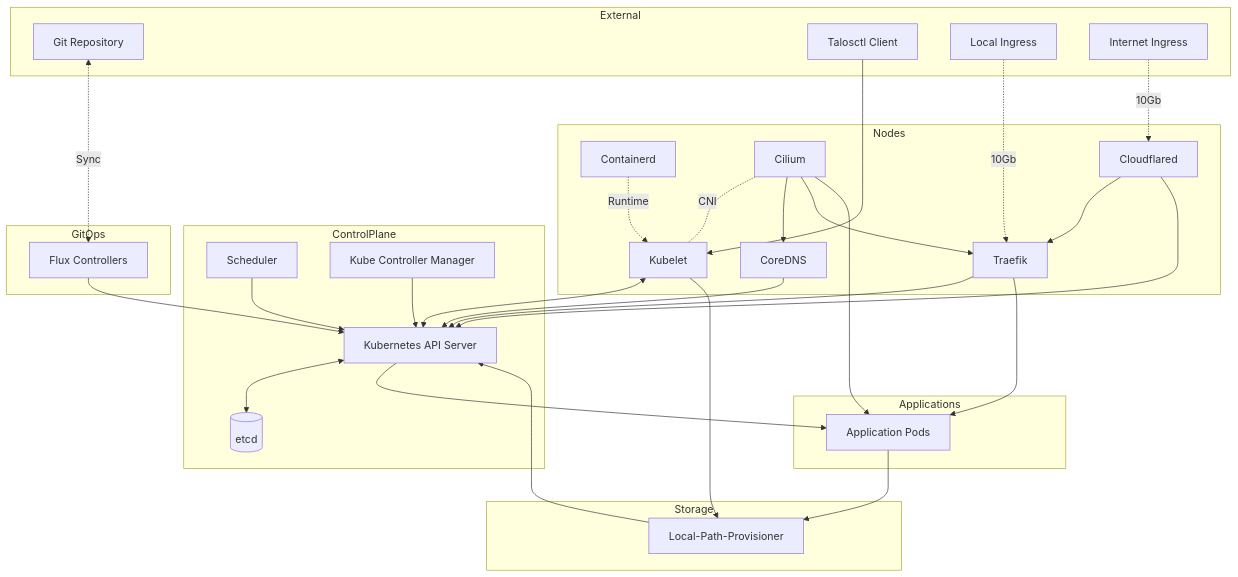
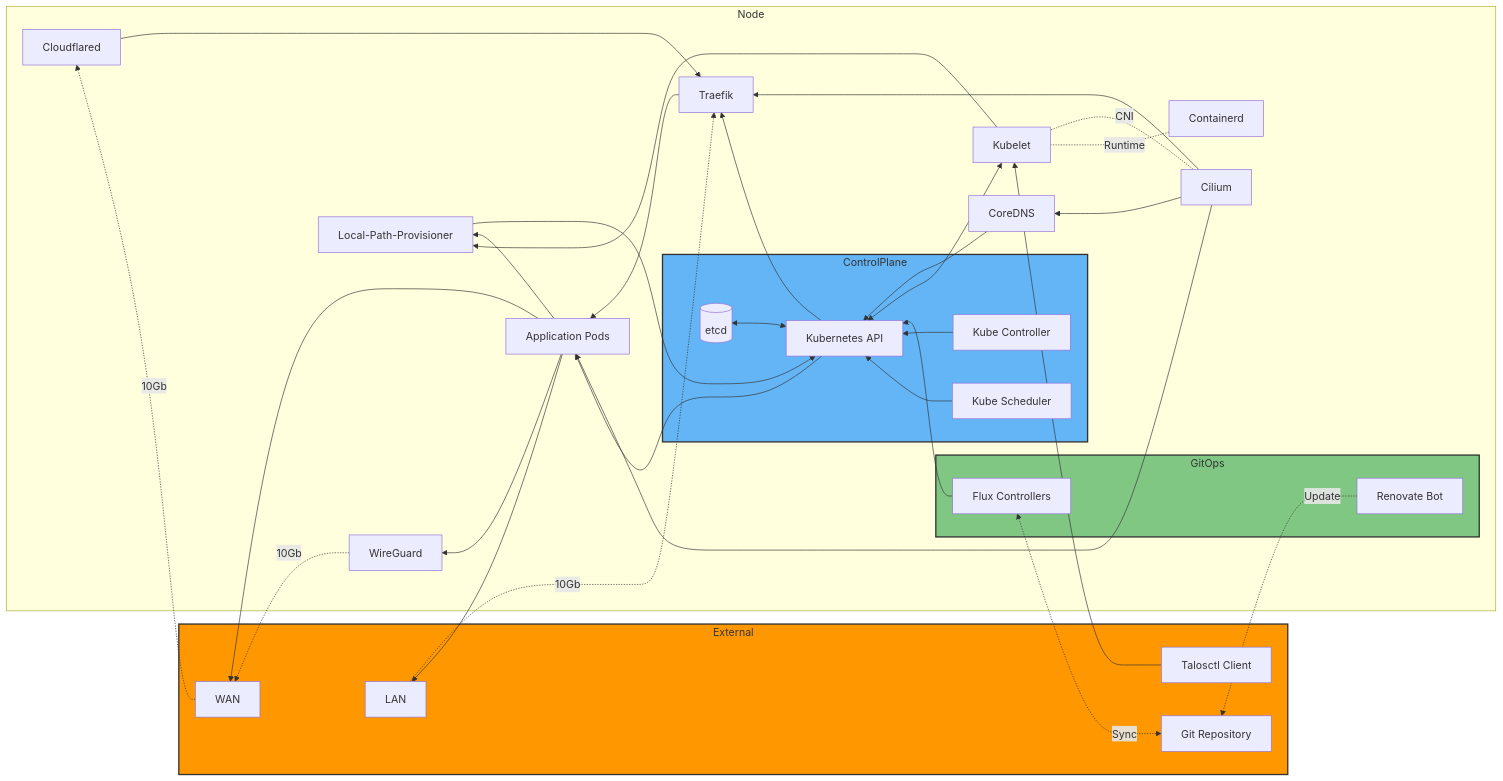
One commit to 0x4272616E646F6E/homelab changed the diagram in README.md. Above: the diagram before and after it, drawn with Mermaid. The commit also changed other lines of this file, not shown here.

````diff
--- a/README.md
+++ b/README.md
@@ -40,74 +45,72 @@
 ```mermaid
-flowchart TD
+flowchart RL
   %% External
   subgraph External
     GIT[Git Repository]
     USER[Talosctl Client]
-    LOCALNET[Local Ingress]
-    NET[Internet Ingress]
+    LOCALNET[LAN]
+    NET[WAN]
   end
 
-  %% Control Plane
-  subgraph ControlPlane
-    APIS[Kubernetes API Server]
-    ETCD[(etcd)]
-    SCHED[Scheduler]
-    KCM[Kube Controller Manager]
+  %% Node
+  subgraph Node
+    subgraph ControlPlane
+      APIS[Kubernetes API]
+      ETCD[(etcd)]
+      SCHED[Kube Scheduler]
+      KCM[Kube Controller]
+    end
+    
+    KUBE[Kubelet]
+    CRI[Containerd]
+    CIL[Cilium]
+    DNS[CoreDNS]
+    TRF[Traefik]
+    CFD[Cloudflared]
+    WRG[WireGuard]
+    LPP[Local-Path-Provisioner]
+    APP[Application Pods]
+    
+    subgraph GitOps
+      FLUX[Flux Controllers]
+      REN[Renovate Bot]
+    end
   end
 
   APIS <--> ETCD
   SCHED --> APIS
   KCM --> APIS
 
-  %% GitOps (runs in cluster)
-  subgraph GitOps
-    FLUX[Flux Controllers]
-  end
-
   GIT <-. Sync .-> FLUX
+  REN -. Update .-> GIT
   FLUX --> APIS
 
-  %% Nodes / Data Plane
-  subgraph Nodes
-    KUBE[Kubelet]
-    CRI[Containerd]
-    CIL[Cilium]
-    DNS[CoreDNS]
-    TRF[Traefik]
-    CFD[Cloudflared]
-  end
-
   KUBE <--> APIS
-  CRI -. Runtime .-> KUBE
+  CRI -. Runtime .- KUBE
   CIL -. CNI .- KUBE
   DNS --> APIS
-  TRF --> APIS
+  APIS --> TRF
   CFD --> TRF
   NET -. 10Gb .-> CFD
   LOCALNET -. 10Gb .-> TRF
-  CFD --> APIS
   CIL --> DNS
   CIL --> TRF
-
-
-  %% Storage
-  subgraph Storage
-    LPP[Local-Path-Provisioner]
-  end
-
+  WRG -. 10Gb .-> NET
   LPP --> APIS
   KUBE --> LPP
-
-  %% Applications
-  subgraph Applications
-    APP[Application Pods]
-  end
-
   APIS --> APP
   CIL --> APP
   TRF --> APP
   APP --> LPP
+  APP --> LOCALNET
+  APP --> NET
+  APP --> WRG
 
   %% Talos management
   USER --> KUBE
+  
+  %% Styling
+  style External fill:#ff9800,stroke:#333,stroke-width:2px
+  style ControlPlane fill:#64b5f6,stroke:#333,stroke-width:2px
+  style GitOps fill:#81c784,stroke:#333,stroke-width:2px
 ```
````
